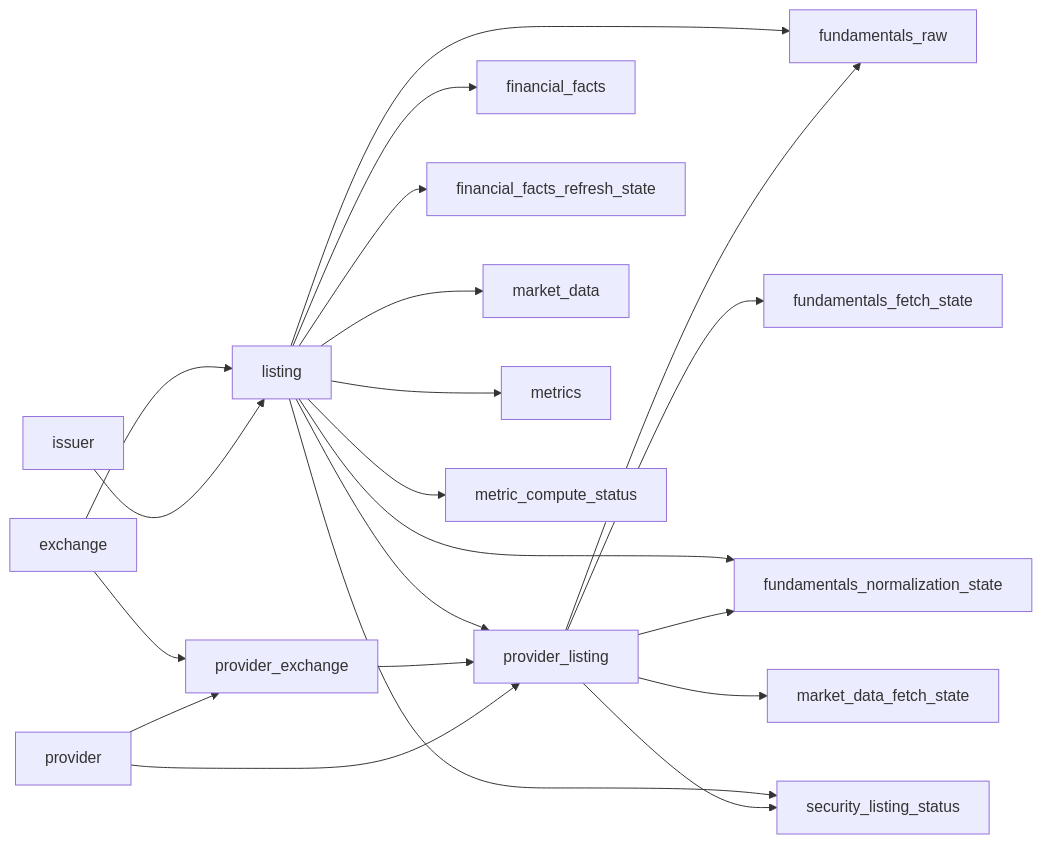
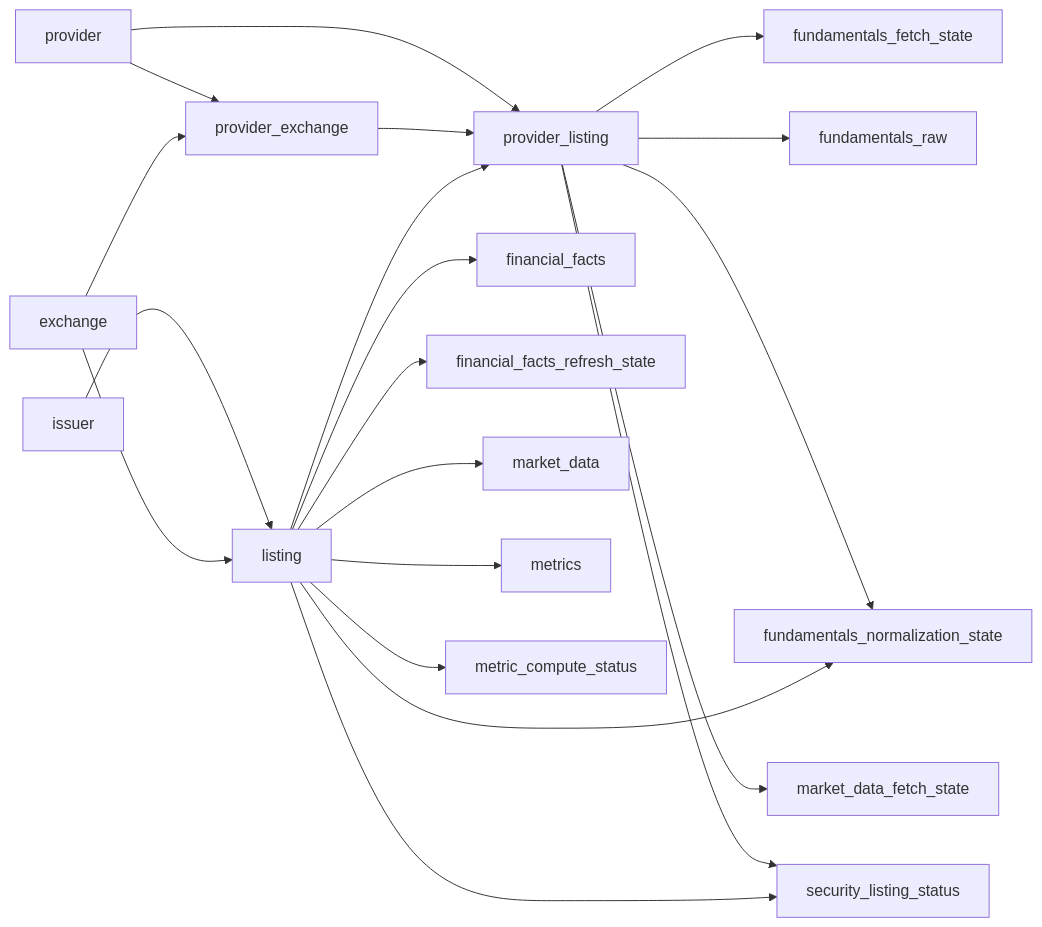
The first of 2 diagrams in docs/architecture/database/relationships.md (emretezel/pyvalue), drawn with Mermaid before and after one commit. The commit also changed 16 other files, not shown here.

Commit message:
storage: derive raw fundamentals listing identity

````diff
--- a/docs/architecture/database/relationships.md
+++ b/docs/architecture/database/relationships.md
@@ -7,23 +7,22 @@
 ```mermaid
 flowchart LR
     provider --> provider_exchange
     exchange --> provider_exchange
     issuer --> listing
     exchange --> listing
     provider --> provider_listing
     provider_exchange --> provider_listing
     listing --> provider_listing
     provider_listing --> fundamentals_fetch_state
     provider_listing --> fundamentals_raw
     provider_listing --> fundamentals_normalization_state
     provider_listing --> market_data_fetch_state
     provider_listing --> security_listing_status
-    listing --> fundamentals_raw
     listing --> fundamentals_normalization_state
     listing --> security_listing_status
     listing --> financial_facts
     listing --> financial_facts_refresh_state
     listing --> market_data
     listing --> metrics
     listing --> metric_compute_status
 ```
````
